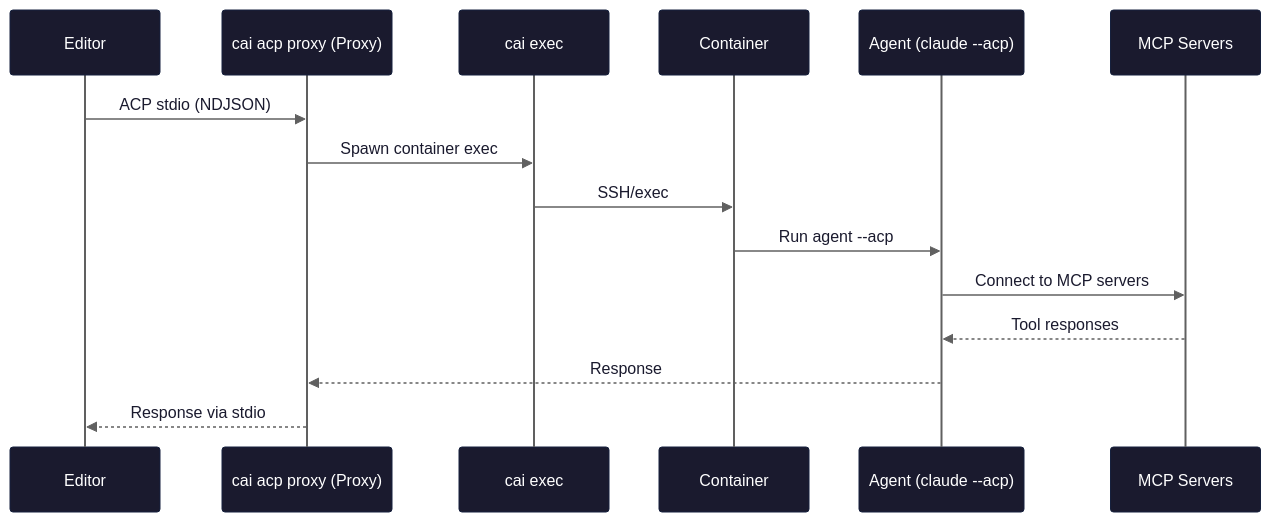
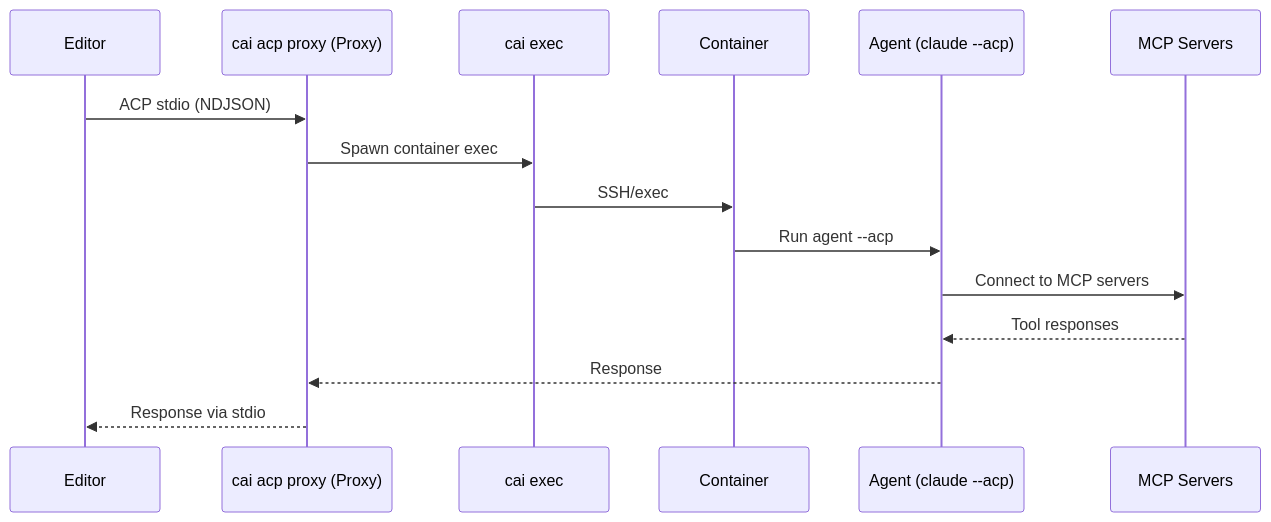
The diagram in docs/acp.md (novotnyllc/ContainAI), drawn with Mermaid before and after one commit. The commit also changed 15 other files, not shown here.

Commit message:
Remove Mermaid theme overrides from docs diagrams

````diff
--- a/docs/acp.md
+++ b/docs/acp.md
@@ -32,33 +32,18 @@
 ```mermaid
-%%{init: {'theme': 'base', 'themeVariables': {
-  'background': '#f5f5f5',
-  'actorBkg': '#1a1a2e',
-  'actorTextColor': '#ffffff',
-  'actorBorder': '#16213e',
-  'actorLineColor': '#606060',
-  'signalColor': '#606060',
-  'signalTextColor': '#1a1a2e',
-  'labelBoxBkgColor': '#0f3460',
-  'labelBoxBorderColor': '#16213e',
-  'labelTextColor': '#ffffff',
-  'noteBkgColor': '#0f3460',
-  'noteTextColor': '#ffffff',
-  'noteBorderColor': '#16213e'
-}}}%%
 sequenceDiagram
     participant Editor
     participant Proxy as cai acp proxy (Proxy)
     participant Exec as cai exec
     participant Container
     participant Agent as Agent (claude --acp)
     participant MCP as MCP Servers
 
     Editor->>Proxy: ACP stdio (NDJSON)
     Proxy->>Exec: Spawn container exec
     Exec->>Container: SSH/exec
     Container->>Agent: Run agent --acp
     Agent->>MCP: Connect to MCP servers
     MCP-->>Agent: Tool responses
     Agent-->>Proxy: Response
     Proxy-->>Editor: Response via stdio
 ```
````
